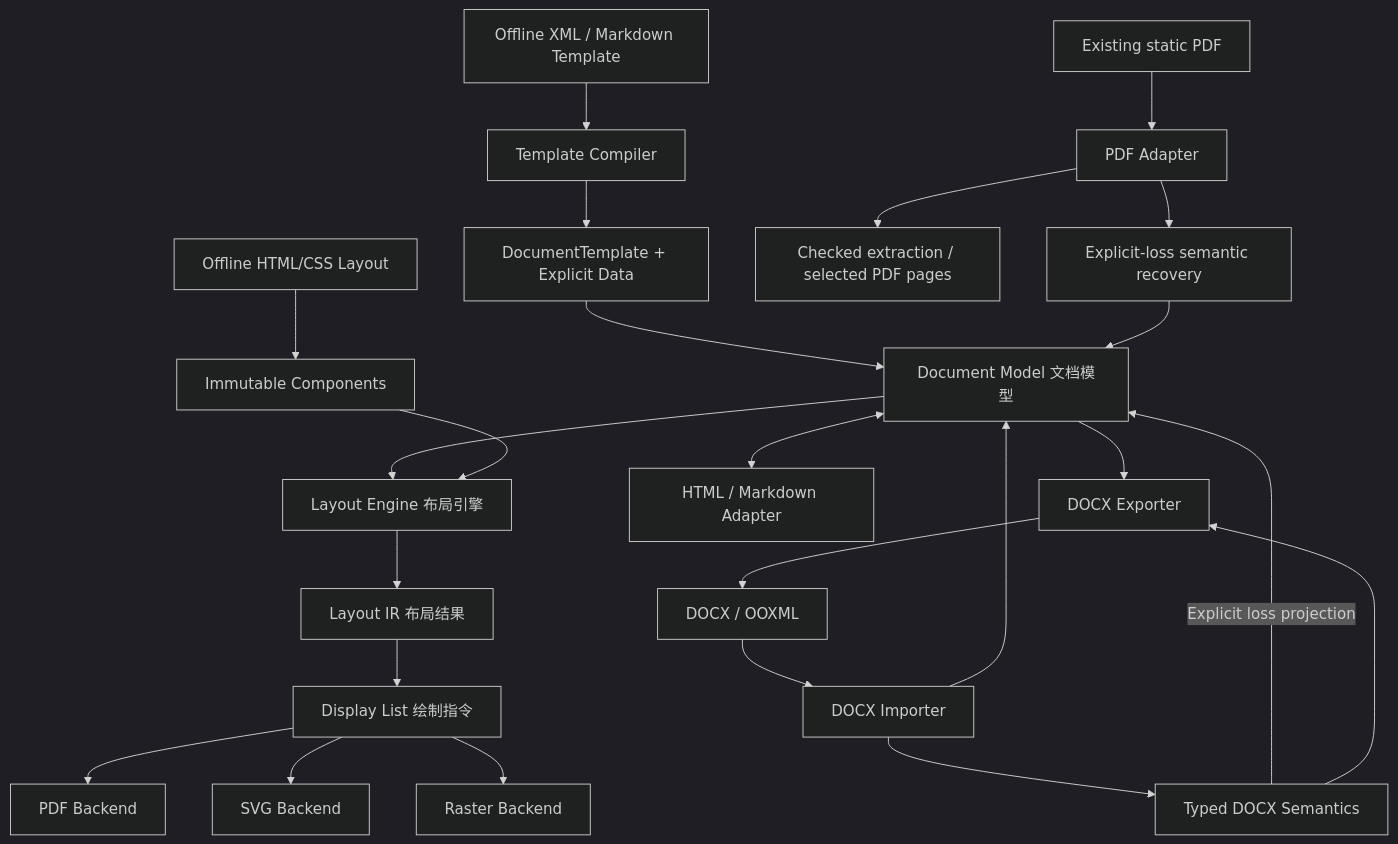
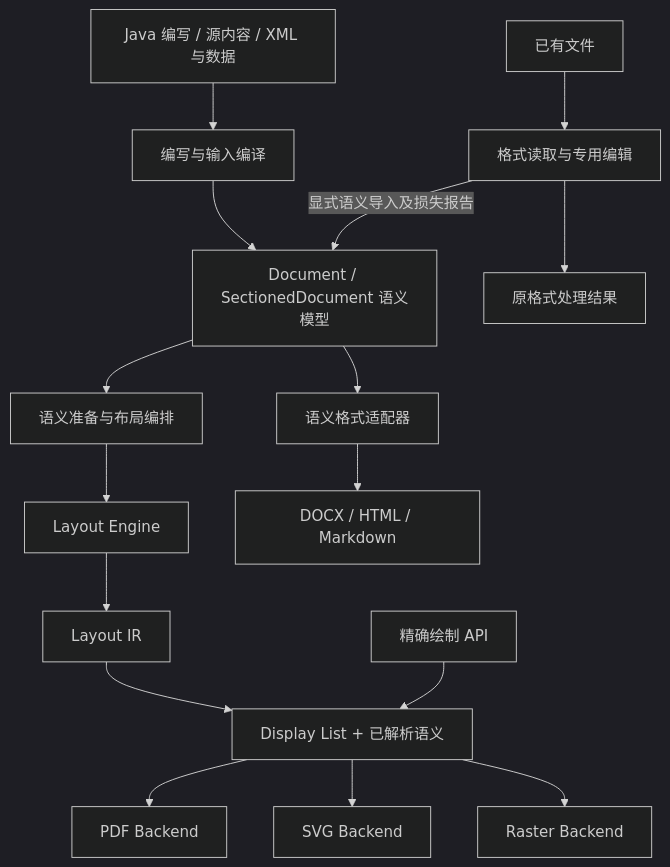
The first of 2 diagrams in docs/architecture.md (mirakyux/export4j), drawn with Mermaid (dark theme) before and after one commit. The commit also changed other lines of this file and 11 other files, not shown here.

```diff
--- a/docs/architecture.md
+++ b/docs/architecture.md
@@ -7,26 +9,18 @@
 ~~~mermaid
 flowchart TD
-    M[Document Model 文档模型] --> L[Layout Engine 布局引擎]
-    L --> IR[Layout IR 布局结果]
-    IR --> DL[Display List 绘制指令]
+    S[Java 编写 / 源内容 / XML 与数据] --> A[编写与输入编译]
+    A --> M[Document / SectionedDocument 语义模型]
+    M --> P[语义准备与布局编排]
+    P --> L[Layout Engine]
+    L --> IR[Layout IR]
+    IR --> DL[Display List + 已解析语义]
     DL --> PDF[PDF Backend]
     DL --> SVG[SVG Backend]
     DL --> R[Raster Backend]
-    DOCX[DOCX / OOXML] --> I[DOCX Importer]
-    I --> M
-    I --> DS[Typed DOCX Semantics]
-    DS -->|Explicit loss projection| M
-    M <--> Web[HTML / Markdown Adapter]
-    M --> E[DOCX Exporter]
-    DS --> E
-    E --> DOCX
-    XML[Offline XML / Markdown Template] --> T[Template Compiler]
-    T --> B[DocumentTemplate + Explicit Data]
-    B --> M
-    CSS[Offline HTML/CSS Layout] --> C[Immutable Components]
-    C --> L
-    Existing[Existing static PDF] --> PA[PDF Adapter]
-    PA --> Combined[Checked extraction / selected PDF pages]
-    PA --> Recovery[Explicit-loss semantic recovery]
-    Recovery --> M
+    M --> E[语义格式适配器]
+    E --> W[DOCX / HTML / Markdown]
+    G[精确绘制 API] --> DL
+    F[已有文件] --> I[格式读取与专用编辑]
+    I -->|显式语义导入及损失报告| M
+    I --> O[原格式处理结果]
 ~~~
```
